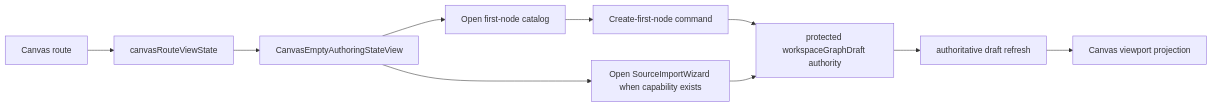
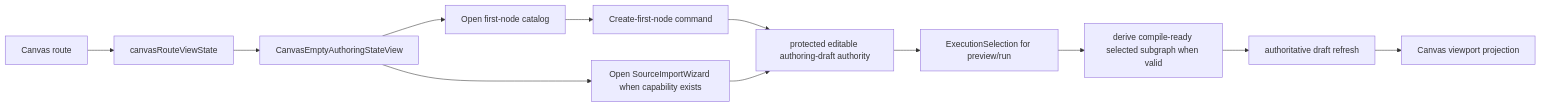
One commit to dunay2/dvt changed the second of 4 diagrams in docs/planning/proposals/mandatory/frontend-and-ux/tf-e2-canvas-empty-authoring-entrypoint-design-20260422.md. Above: the diagram before and after it, drawn with Mermaid. The commit also changed other lines of this file and 15 other files, not shown here.

Commit message:
feat(contracts): Add workspace authoring draft aggregate

````diff
--- a/docs/planning/proposals/mandatory/frontend-and-ux/tf-e2-canvas-empty-authoring-entrypoint-design-20260422.md
+++ b/docs/planning/proposals/mandatory/frontend-and-ux/tf-e2-canvas-empty-authoring-entrypoint-design-20260422.md
@@ -216,12 +240,14 @@
 ```mermaid
 flowchart LR
   Route["Canvas route"] --> ViewState["canvasRouteViewState"]
   ViewState --> EmptyEntry["CanvasEmptyAuthoringStateView"]
   EmptyEntry --> FirstNode["Open first-node catalog"]
   EmptyEntry --> Import["Open SourceImportWizard when capability exists"]
   FirstNode --> Command["Create-first-node command"]
-  Command --> DraftPort["protected workspaceGraphDraft authority"]
+  Command --> DraftPort["protected editable authoring-draft authority"]
+  DraftPort --> Selection["ExecutionSelection for preview/run"]
+  Selection --> Projection["derive compile-ready selected subgraph when valid"]
   Import --> DraftPort
-  DraftPort --> Refresh["authoritative draft refresh"]
+  Projection --> Refresh["authoritative draft refresh"]
   Refresh --> Viewport["Canvas viewport projection"]
 ```
````
